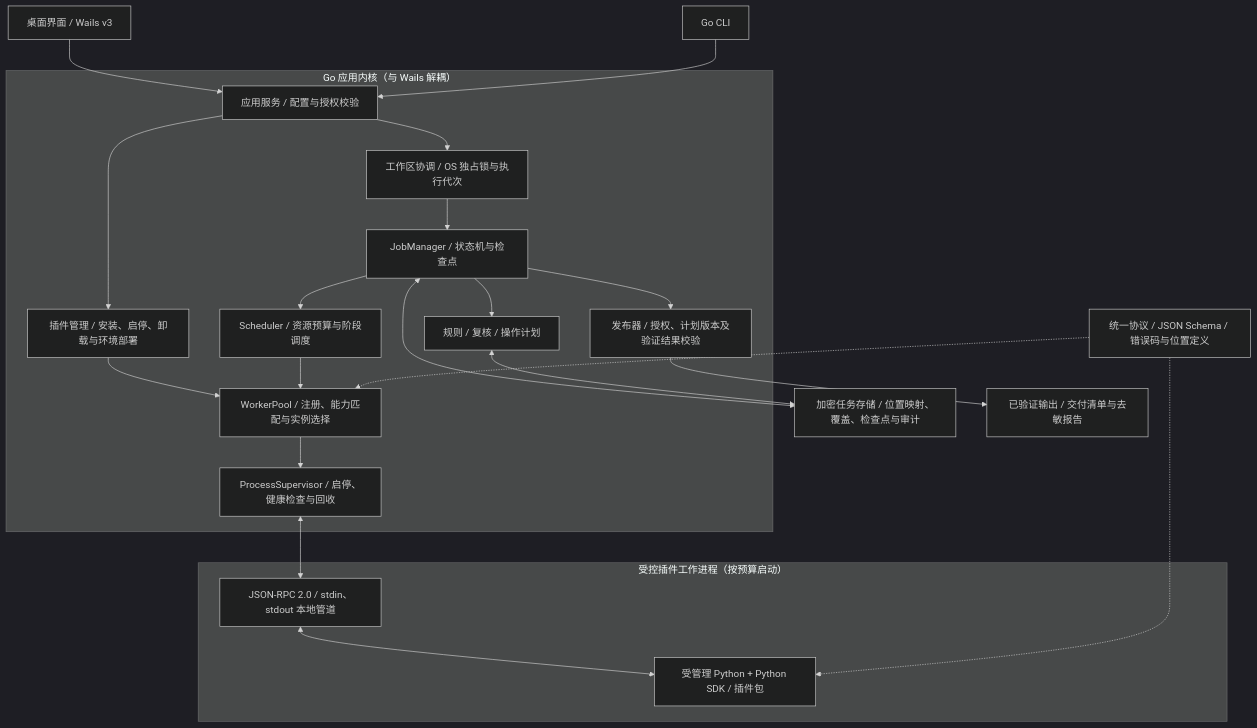
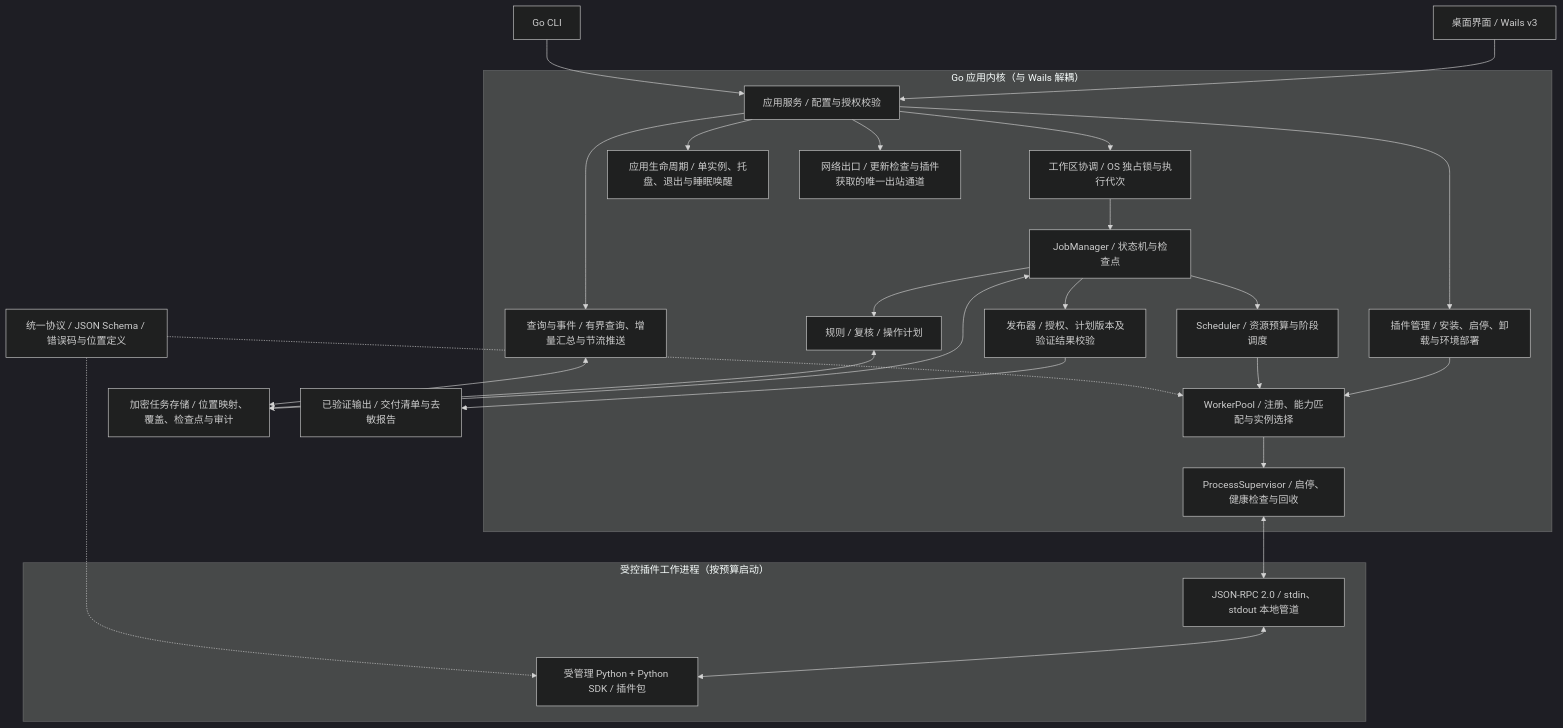
The first of 4 diagrams in docs/v1/tacet-architecture.md (jorben/tacet), drawn with Mermaid (dark theme) before and after one commit. The commit also changed other lines of this file and 1 other file, not shown here.

````diff
--- a/docs/v1/tacet-architecture.md
+++ b/docs/v1/tacet-architecture.md
@@ -19,28 +19,32 @@
 ```mermaid
 flowchart TB
     UI["桌面界面 / Wails v3"] --> APP
     CLI["Go CLI"] --> APP
 
     subgraph CORE["Go 应用内核（与 Wails 解耦）"]
         APP["应用服务 / 配置与授权校验"] --> OWNER["工作区协调 / OS 独占锁与执行代次"]
         APP --> PLUGMGR["插件管理 / 安装、启停、卸载与环境部署"]
         PLUGMGR --> POOL
         OWNER --> JOB["JobManager / 状态机与检查点"]
         JOB --> SCHED["Scheduler / 资源预算与阶段调度"]
         JOB --> POLICY["规则 / 复核 / 操作计划"]
         SCHED --> POOL["WorkerPool / 注册、能力匹配与实例选择"]
         POOL --> SUP["ProcessSupervisor / 启停、健康检查与回收"]
         JOB --> PUB["发布器 / 授权、计划版本及验证结果校验"]
+        APP --> LIFE["应用生命周期 / 单实例、托盘、退出与睡眠唤醒"]
+        APP --> QUERY["查询与事件 / 有界查询、增量汇总与节流推送"]
+        APP --> NET["网络出口 / 更新检查与插件获取的唯一出站通道"]
     end
 
     SUP <--> IPC["JSON-RPC 2.0 / stdin、stdout 本地管道"]
     subgraph WORKERS["受控插件工作进程（按预算启动）"]
         IPC <--> PY["受管理 Python + Python SDK / 插件包"]
     end
 
     CONTRACT["统一协议 / JSON Schema / 错误码与位置定义"] -.-> POOL
     CONTRACT -.-> PY
     JOB <--> STORE["加密任务存储 / 位置映射、覆盖、检查点与审计"]
     POLICY <--> STORE
+    QUERY <--> STORE
     PUB --> OUTPUT["已验证输出 / 交付清单与去敏报告"]
 ```
````
